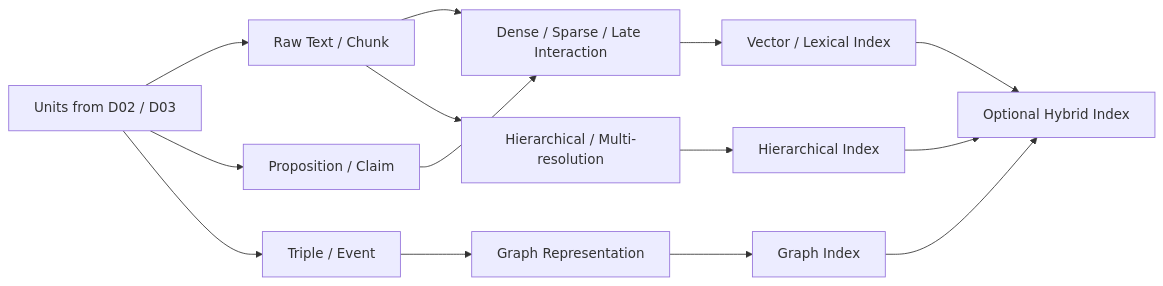
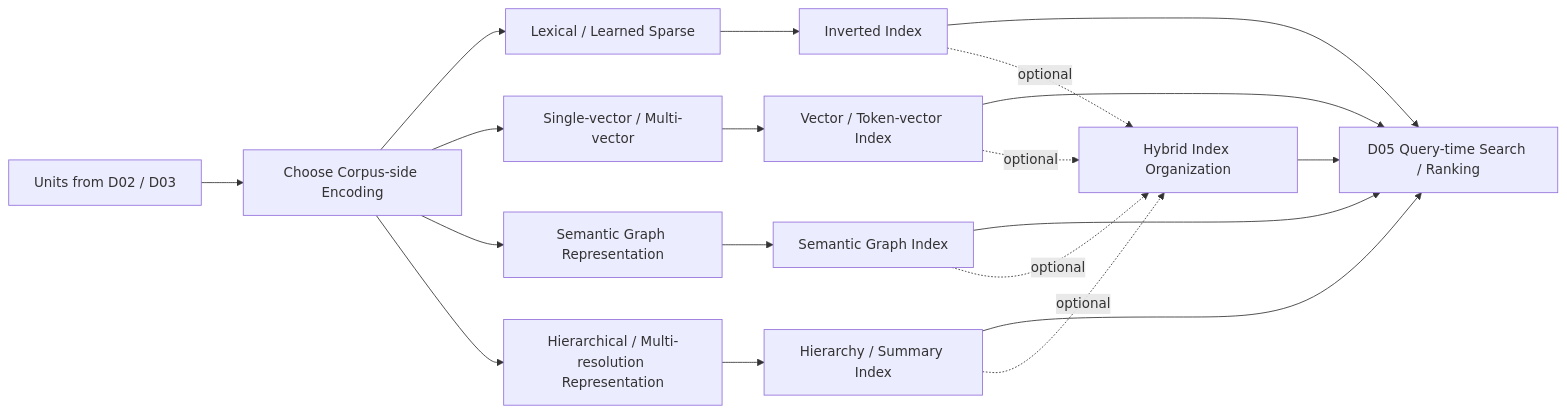
Before and after one commit to Cycl0n3-ga/RAG-survey: the diagram in 02 - 研究領域專題 (Research Domains)/Domain 04 - Knowledge Representation & Indexing.md, drawn with Mermaid. The commit also changed other lines of this file and 18 other files, not shown here.

````diff
--- a/02 - 研究領域專題 (Research Domains)/Domain 04 - Knowledge Representation & Indexing.md
+++ b/02 - 研究領域專題 (Research Domains)/Domain 04 - Knowledge Representation & Indexing.md
@@ -18,16 +16,21 @@
 ```mermaid
 flowchart LR
-    U["Units from D02 / D03"] --> TXT["Raw Text / Chunk"]
-    U --> PROP["Proposition / Claim"]
-    U --> STR["Triple / Event"]
-    TXT --> ENC["Dense / Sparse / Late Interaction"]
-    PROP --> ENC
-    STR --> G["Graph Representation"]
-    ENC --> V["Vector / Lexical Index"]
-    G --> GI["Graph Index"]
-    TXT --> H["Hierarchical / Multi-resolution"]
-    H --> HI["Hierarchical Index"]
-    V --> HY["Optional Hybrid Index"]
-    GI --> HY
-    HI --> HY
+    U["Units from D02 / D03"] --> E["Choose Corpus-side Encoding"]
+    E --> L["Lexical / Learned Sparse"]
+    E --> V["Single-vector / Multi-vector"]
+    E --> G["Semantic Graph Representation"]
+    E --> H["Hierarchical / Multi-resolution Representation"]
+    L --> LI["Inverted Index"]
+    V --> VI["Vector / Token-vector Index"]
+    G --> GI["Semantic Graph Index"]
+    H --> HI["Hierarchy / Summary Index"]
+    LI --> R["D05 Query-time Search / Ranking"]
+    VI --> R
+    GI --> R
+    HI --> R
+    LI -. "optional" .-> HY["Hybrid Index Organization"]
+    VI -. "optional" .-> HY
+    GI -. "optional" .-> HY
+    HI -. "optional" .-> HY
+    HY --> R
 ```
````
